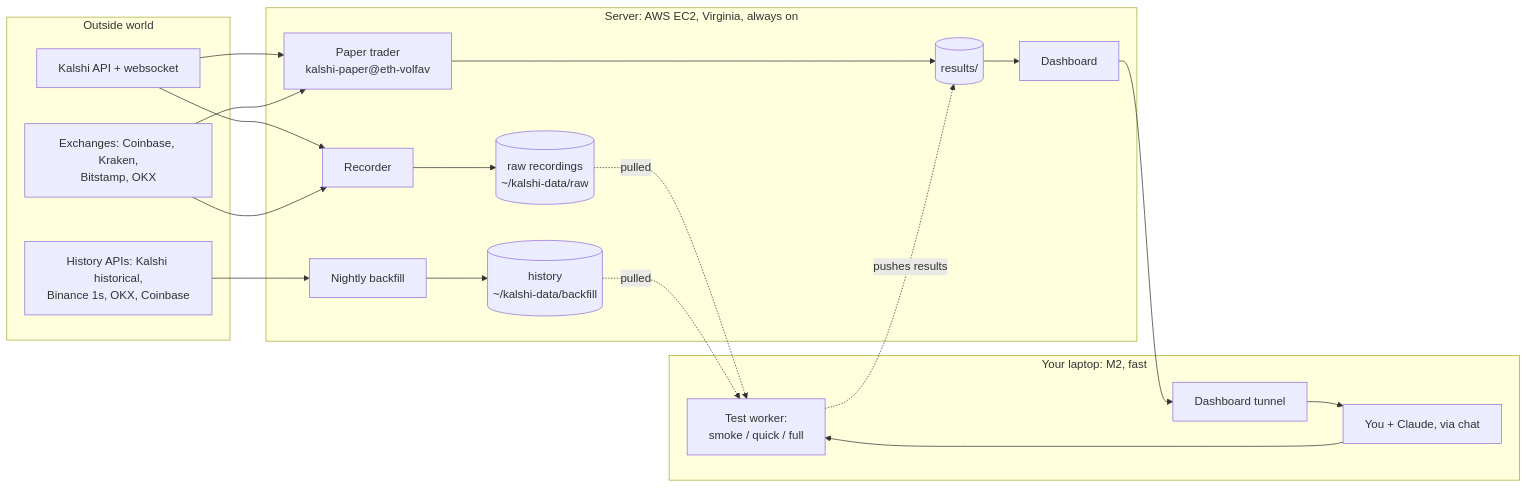
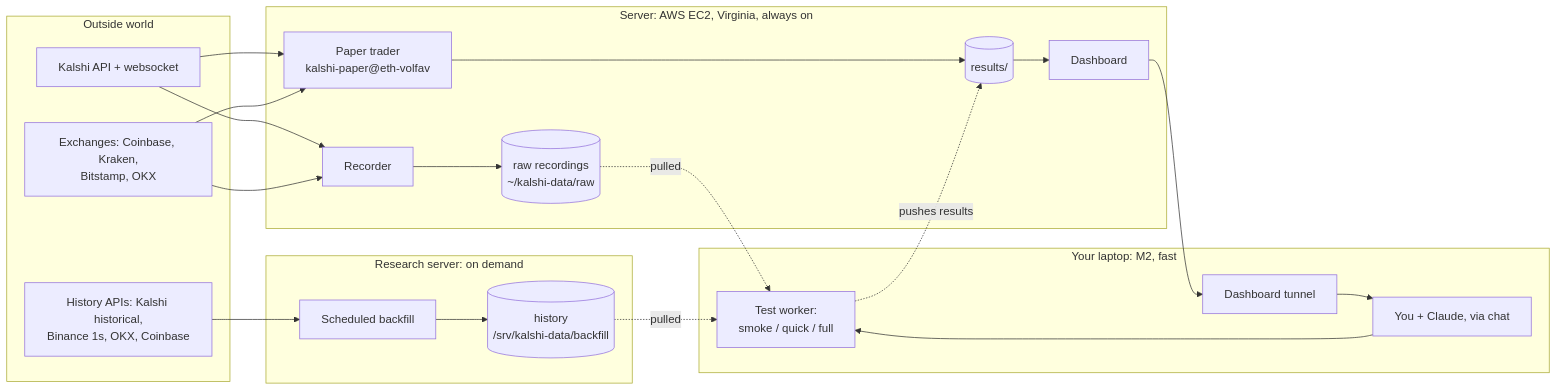
The first of 6 diagrams in SYSTEM.md (RishabKalluri/kalshi-lab), drawn with Mermaid before and after one commit. The commit also changed other lines of this file and 4 other files, not shown here.

Commit message:
Keep research server wake timer disabled on deploy

````diff
--- a/SYSTEM.md
+++ b/SYSTEM.md
@@ -13,38 +13,41 @@
 ```mermaid
 flowchart LR
     subgraph EXT[Outside world]
         K[Kalshi API + websocket]
         X[Exchanges: Coinbase, Kraken,<br/>Bitstamp, OKX]
         H[History APIs: Kalshi historical,<br/>Binance 1s, OKX, Coinbase]
     end
 
     subgraph SRV[Server: AWS EC2, Virginia, always on]
         REC[Recorder]
-        BF[Nightly backfill]
         PAPER[Paper trader<br/>kalshi-paper@eth-volfav]
         DASH[Dashboard]
         RAW[(raw recordings<br/>~/kalshi-data/raw)]
-        HIST[(history<br/>~/kalshi-data/backfill)]
         RES[(results/)]
+    end
+
+    subgraph RESEARCH[Research server: on demand]
+        BF[Scheduled backfill]
+        HIST[(history<br/>/srv/kalshi-data/backfill)]
     end
 
     subgraph LAP[Your laptop: M2, fast]
         TEST[Test worker:<br/>smoke / quick / full]
         TUN[Dashboard tunnel]
         YOU[You + Claude, via chat]
     end
 
     K --> REC
     X --> REC
     REC --> RAW
     H --> BF --> HIST
     K --> PAPER
     X --> PAPER
     PAPER --> RES
     RAW -. pulled .-> TEST
     HIST -. pulled .-> TEST
     TEST -. pushes results .-> RES
     RES --> DASH
     DASH --> TUN --> YOU
     YOU --> TEST
 ```
````
